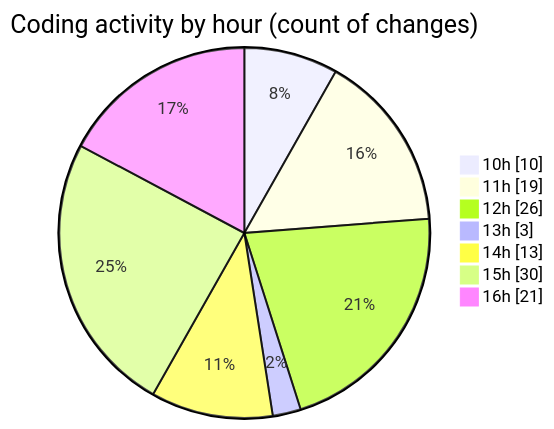
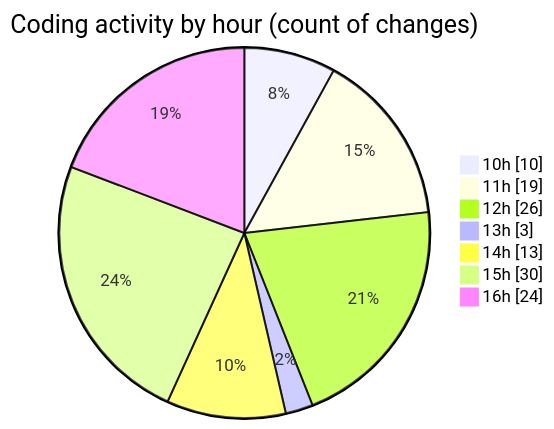
One commit to nxtqubesakshisongat/code-tracking changed the second of 2 diagrams in 2025-07-21/nxtqube_webapp/README.md. Above: the diagram before and after it, drawn with Mermaid. The commit also changed other lines of this file and 1 other file, not shown here.

````diff
--- a/2025-07-21/nxtqube_webapp/README.md
+++ b/2025-07-21/nxtqube_webapp/README.md
@@ -38,11 +38,11 @@
 ```mermaid
 pie showData
 title Coding activity by hour (count of changes)
 "10h" : 10
 "11h" : 19
 "12h" : 26
 "13h" : 3
 "14h" : 13
 "15h" : 30
-"16h" : 21
+"16h" : 24
 ```
````
